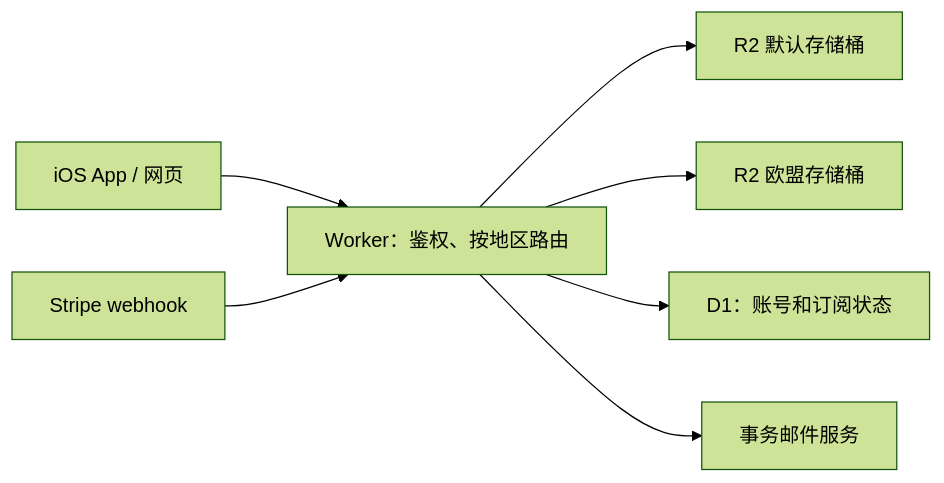
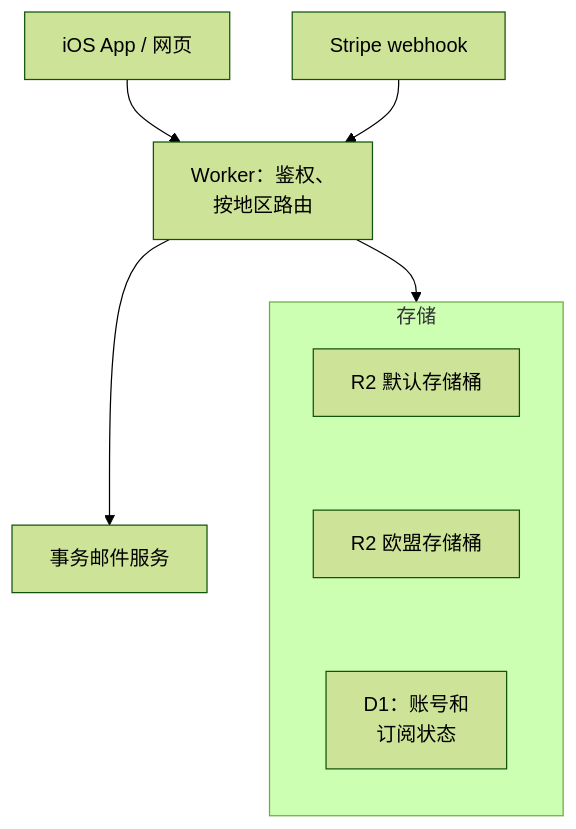
Before and after one commit to jarvis-pro/hatch-shelf: the diagram in books/going-global/06-cloud-and-domains.md, drawn with Mermaid (forest theme). The commit also changed 432 other files, not shown here.

````diff
--- a/books/going-global/06-cloud-and-domains.md
+++ b/books/going-global/06-cloud-and-domains.md
@@ -156,9 +156,11 @@
 ```mermaid
-flowchart LR
-  A["iOS App / 网页"] --> W["Worker：鉴权、按地区路由"]
-  W --> R1["R2 默认存储桶"]
-  W --> R2["R2 欧盟存储桶"]
-  W --> D["D1：账号和订阅状态"]
+flowchart TD
+  A["iOS App / 网页"] --> W["Worker：鉴权、<br/>按地区路由"]
   S["Stripe webhook"] --> W
+  W --> STORE
   W --> E["事务邮件服务"]
+  subgraph STORE["存储"]
+    direction TB
+    R1["R2 默认存储桶"] ~~~ R2["R2 欧盟存储桶"] ~~~ D["D1：账号和<br/>订阅状态"]
+  end
 ```
````
